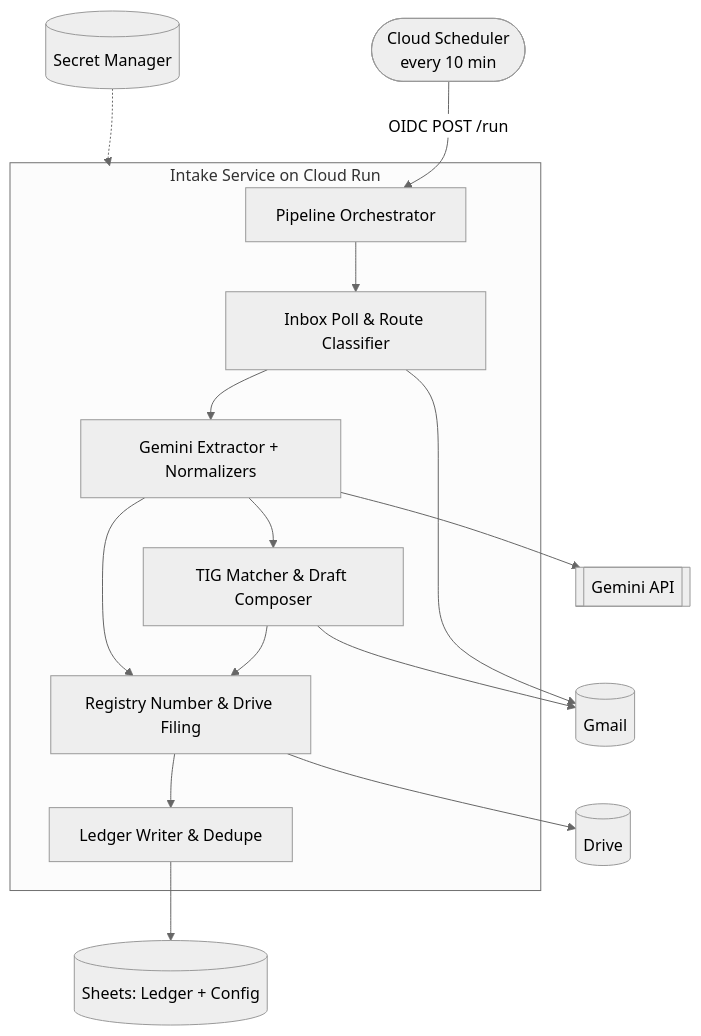
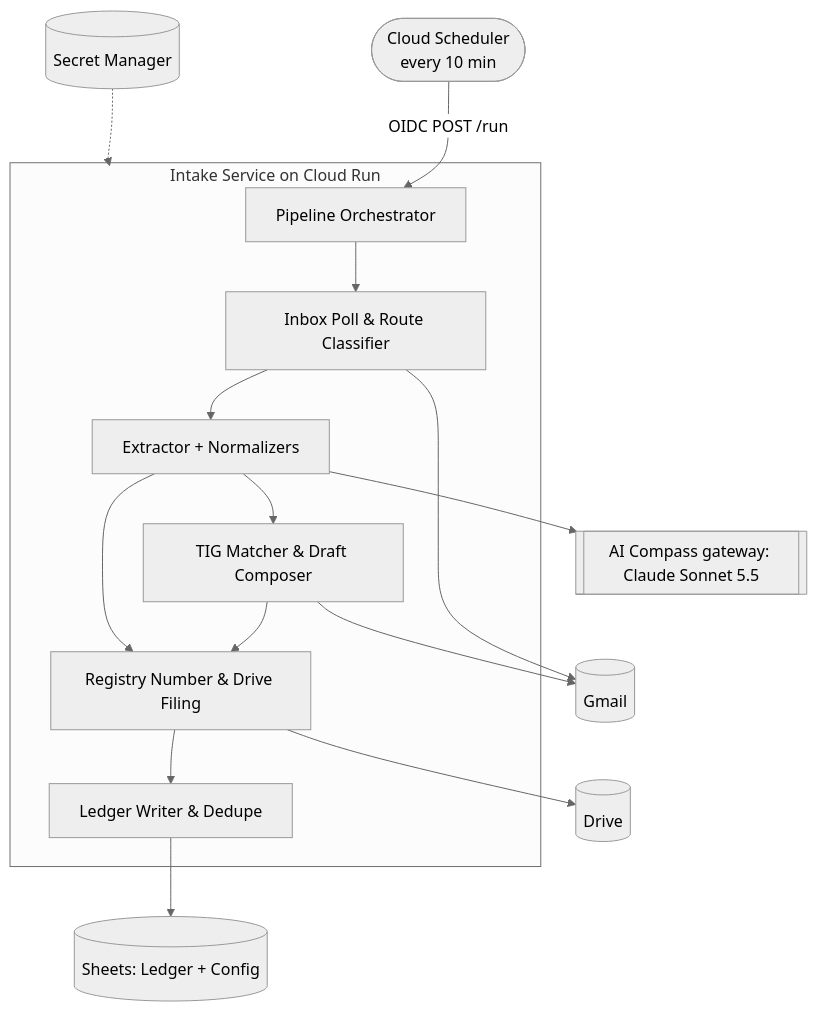
One commit to Adigolyo/invoice-processing changed the diagram in README.md. Above: the diagram before and after it, drawn with Mermaid (neutral theme). The commit also changed other lines of this file and 10 other files, not shown here.

First line of the commit message:
feat: claude sonnet 5.5 extraction via ai compass gateway

````diff
--- a/README.md
+++ b/README.md
@@ -42,21 +42,21 @@
 ```mermaid
 flowchart TB
     Scheduler([Cloud Scheduler<br/>every 10 min]) -->|OIDC POST /run| Orchestrator
     subgraph Run[Intake Service on Cloud Run]
         Orchestrator[Pipeline Orchestrator]
         Classify[Inbox Poll & Route Classifier]
-        Extract[Gemini Extractor + Normalizers]
+        Extract[Extractor + Normalizers]
         Reconcile[TIG Matcher & Draft Composer]
         Registry[Registry Number & Drive Filing]
         Ledger[Ledger Writer & Dedupe]
         Orchestrator --> Classify --> Extract
         Extract --> Reconcile --> Registry
         Extract --> Registry --> Ledger
     end
     Classify --> Gmail[(Gmail)]
     Reconcile --> Gmail
-    Extract --> Gemini[[Gemini API]]
+    Extract --> Compass[[AI Compass gateway: Claude Sonnet 5.5]]
     Registry --> Drive[(Drive)]
     Ledger --> Sheets[(Sheets: Ledger + Config)]
     Secrets[(Secret Manager)] -.-> Run
 ```
````
